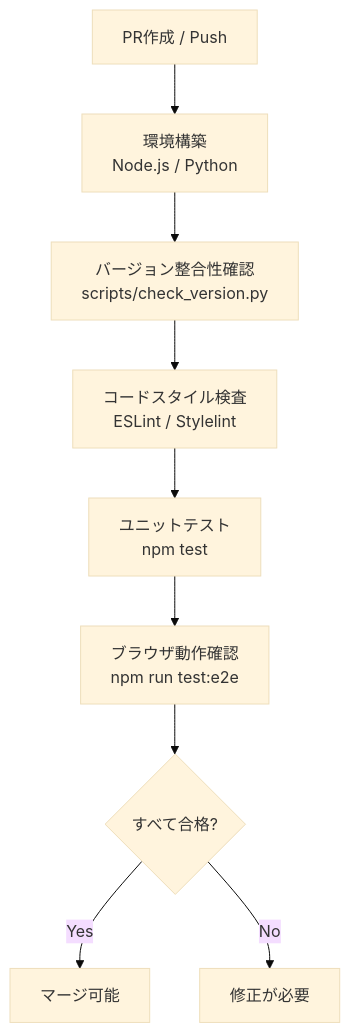
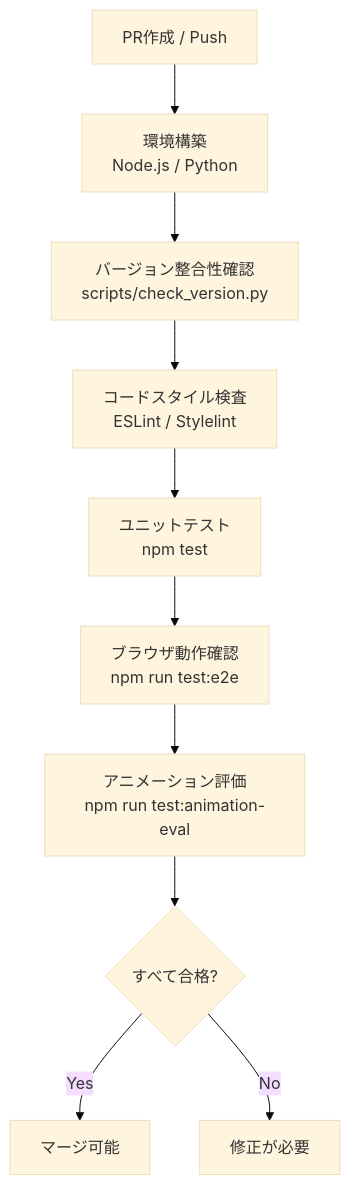
Before and after one commit to masanori-satake/QuickLog-Solo: the second of 3 diagrams in docs/README_DEPLOY.md, drawn with Mermaid (base theme). The commit also changed other lines of this file and 5 other files, not shown here.

````diff
--- a/docs/README_DEPLOY.md
+++ b/docs/README_DEPLOY.md
@@ -67,11 +67,12 @@
 ```mermaid
 graph TD
     Trigger[PR作成 / Push] --> Setup[環境構築<br/>Node.js / Python]
     Setup --> CheckVersion[バージョン整合性確認<br/>scripts/check_version.py]
     CheckVersion --> Lint[コードスタイル検査<br/>ESLint / Stylelint]
     Lint --> Unit[ユニットテスト<br/>npm test]
     Unit --> E2E[ブラウザ動作確認<br/>npm run test:e2e]
-    E2E --> Success{すべて合格?}
+    E2E --> Eval[アニメーション評価<br/>npm run test:animation-eval]
+    Eval --> Success{すべて合格?}
     Success -- Yes --> Merge[マージ可能]
     Success -- No --> Fix[修正が必要]
 ```
````
